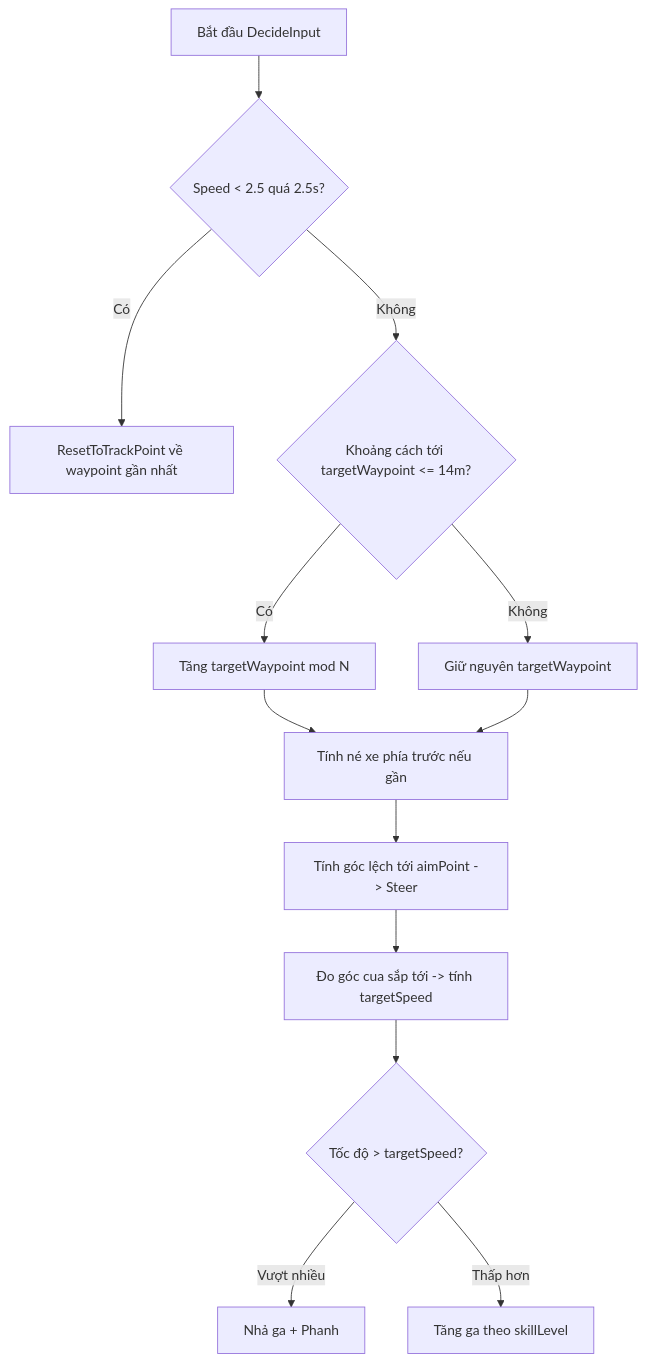
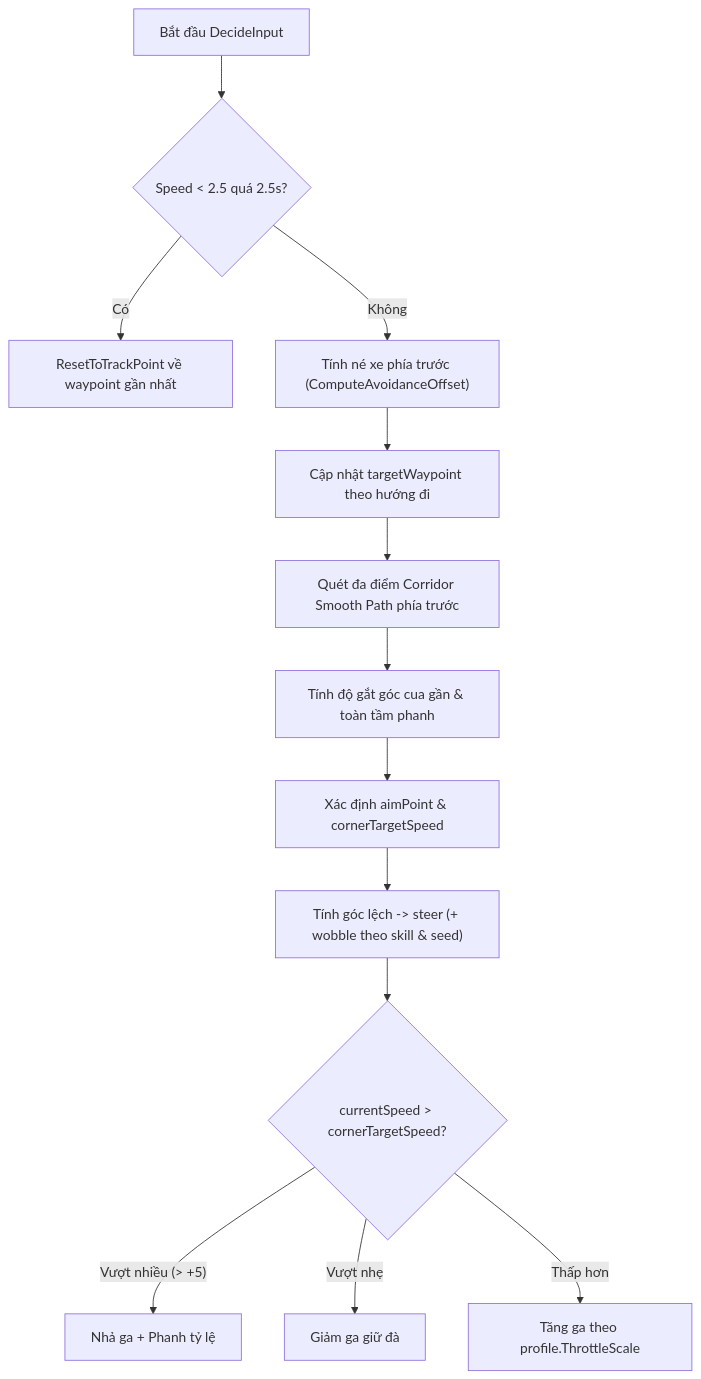
The sixth of 8 diagrams in Docs/BAO_CAO_KIEN_TRUC_OOP.md (tuongduongd/racing_2d), drawn with Mermaid before and after one commit. The commit also changed other lines of this file and 7 other files, not shown here.

Commit message:
docs: update architecture report, bug log, tests, and checklist

````diff
--- a/Docs/BAO_CAO_KIEN_TRUC_OOP.md
+++ b/Docs/BAO_CAO_KIEN_TRUC_OOP.md
@@ -201,15 +509,15 @@
 ```mermaid
 flowchart TD
-    A[Bắt đầu DecideInput] --> B{Speed < 2.5 quá 2.5s?}
-    B -- Có --> C[ResetToTrackPoint về waypoint gần nhất]
-    B -- Không --> D{Khoảng cách tới targetWaypoint <= 14m?}
-    D -- Có --> E[Tăng targetWaypoint mod N]
-    D -- Không --> F[Giữ nguyên targetWaypoint]
-    E --> G[Tính né xe phía trước nếu gần]
-    F --> G
-    G --> H[Tính góc lệch tới aimPoint -> Steer]
-    H --> I[Đo góc cua sắp tới -> tính targetSpeed]
-    I --> J{Tốc độ > targetSpeed?}
-    J -- Vượt nhiều --> K[Nhả ga + Phanh]
-    J -- Thấp hơn --> L[Tăng ga theo skillLevel]
+    A["Bắt đầu DecideInput"] --> B{"Speed < 2.5 quá 2.5s?"}
+    B -->|"Có"| C["ResetToTrackPoint về waypoint gần nhất"]
+    B -->|"Không"| D["Tính né xe phía trước (ComputeAvoidanceOffset)"]
+    D --> E["Cập nhật targetWaypoint theo hướng đi"]
+    E --> F["Quét đa điểm Corridor Smooth Path phía trước"]
+    F --> G["Tính độ gắt góc cua gần & toàn tầm phanh"]
+    G --> H["Xác định aimPoint & cornerTargetSpeed"]
+    H --> I["Tính góc lệch -> steer (+ wobble theo skill & seed)"]
+    I --> J{"currentSpeed > cornerTargetSpeed?"}
+    J -->|"Vượt nhiều (> +5)"| K["Nhả ga + Phanh tỷ lệ"]
+    J -->|"Vượt nhẹ"| L["Giảm ga giữ đà"]
+    J -->|"Thấp hơn"| M["Tăng ga theo profile.ThrottleScale"]
 ```
````
